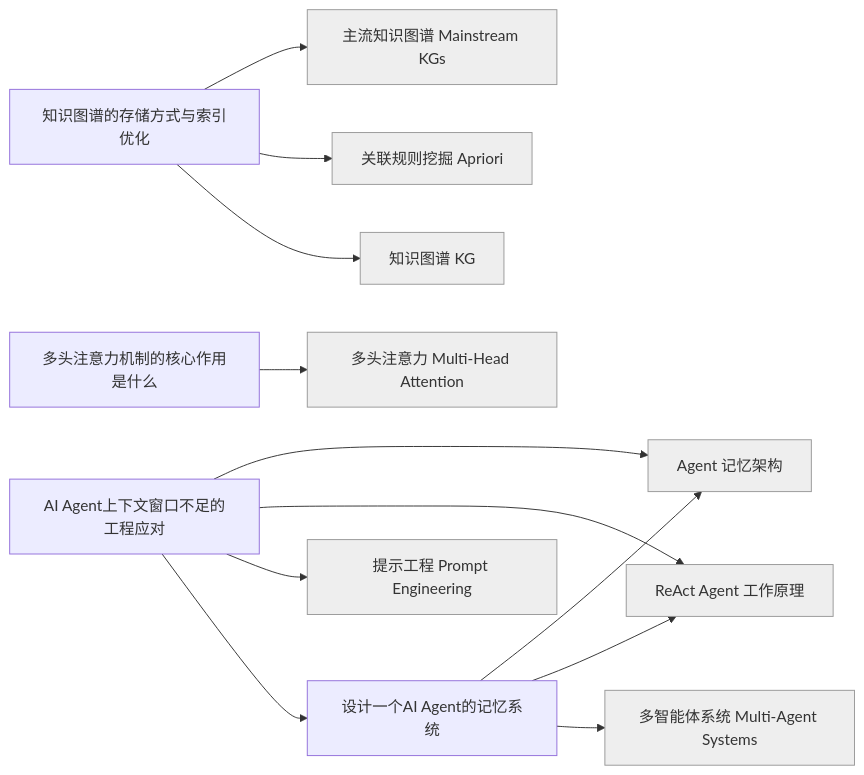
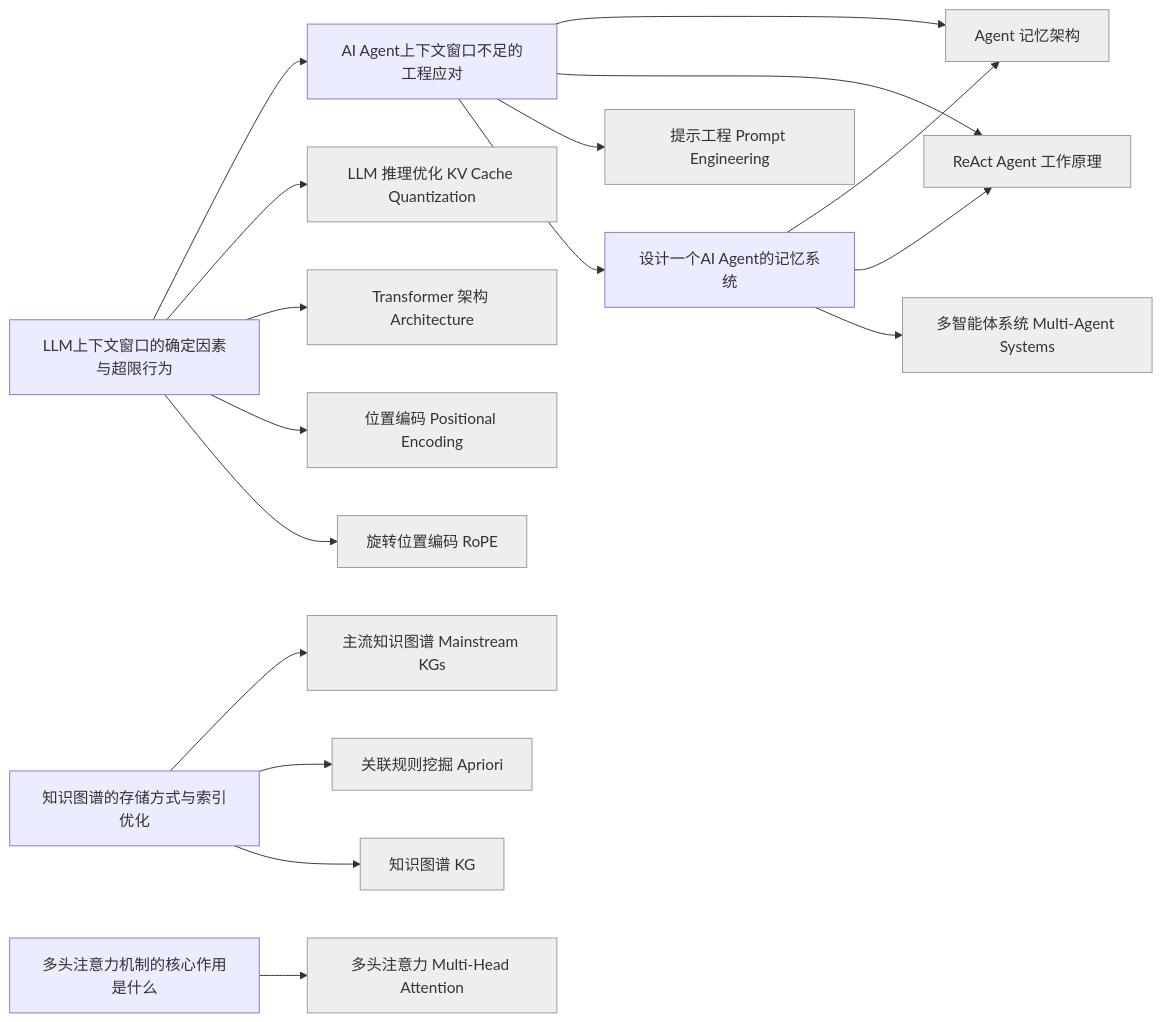
Before and after one commit to codingfeng-fufu/radar-loom: the diagram in interview-graph.md, drawn with Mermaid. The commit also changed other lines of this file and 4 other files, not shown here.

````diff
--- a/interview-graph.md
+++ b/interview-graph.md
@@ -5,27 +5,37 @@
 ```mermaid
 graph LR
     AI_Agent上下文窗口不足的工程应对["AI Agent上下文窗口不足的工程应对"]
     Agent_记忆架构["Agent 记忆架构"]:::ext
+    LLM_推理优化_KV_Cache_Quantization["LLM 推理优化 KV Cache Quantization"]:::ext
+    LLM上下文窗口的确定因素与超限行为["LLM上下文窗口的确定因素与超限行为"]
     ReAct_Agent_工作原理["ReAct Agent 工作原理"]:::ext
+    Transformer_架构_Architecture["Transformer 架构 Architecture"]:::ext
     主流知识图谱_Mainstream_KGs["主流知识图谱 Mainstream KGs"]:::ext
+    位置编码_Positional_Encoding["位置编码 Positional Encoding"]:::ext
     关联规则挖掘_Apriori["关联规则挖掘 Apriori"]:::ext
     多头注意力_Multi_Head_Attention["多头注意力 Multi-Head Attention"]:::ext
     多头注意力机制的核心作用是什么["多头注意力机制的核心作用是什么"]
     多智能体系统_Multi_Agent_Systems["多智能体系统 Multi-Agent Systems"]:::ext
     提示工程_Prompt_Engineering["提示工程 Prompt Engineering"]:::ext
+    旋转位置编码_RoPE["旋转位置编码 RoPE"]:::ext
     知识图谱_KG["知识图谱 KG"]:::ext
     知识图谱的存储方式与索引优化["知识图谱的存储方式与索引优化"]
     设计一个AI_Agent的记忆系统["设计一个AI Agent的记忆系统"]
     AI_Agent上下文窗口不足的工程应对 --> Agent_记忆架构
     AI_Agent上下文窗口不足的工程应对 --> ReAct_Agent_工作原理
     AI_Agent上下文窗口不足的工程应对 --> 提示工程_Prompt_Engineering
     AI_Agent上下文窗口不足的工程应对 --> 设计一个AI_Agent的记忆系统
+    LLM上下文窗口的确定因素与超限行为 --> AI_Agent上下文窗口不足的工程应对
+    LLM上下文窗口的确定因素与超限行为 --> LLM_推理优化_KV_Cache_Quantization
+    LLM上下文窗口的确定因素与超限行为 --> Transformer_架构_Architecture
+    LLM上下文窗口的确定因素与超限行为 --> 位置编码_Positional_Encoding
+    LLM上下文窗口的确定因素与超限行为 --> 旋转位置编码_RoPE
     多头注意力机制的核心作用是什么 --> 多头注意力_Multi_Head_Attention
     知识图谱的存储方式与索引优化 --> 主流知识图谱_Mainstream_KGs
     知识图谱的存储方式与索引优化 --> 关联规则挖掘_Apriori
     知识图谱的存储方式与索引优化 --> 知识图谱_KG
     设计一个AI_Agent的记忆系统 --> Agent_记忆架构
     设计一个AI_Agent的记忆系统 --> ReAct_Agent_工作原理
     设计一个AI_Agent的记忆系统 --> 多智能体系统_Multi_Agent_Systems
     classDef ext fill:#eee,stroke:#999;
 ```
````
